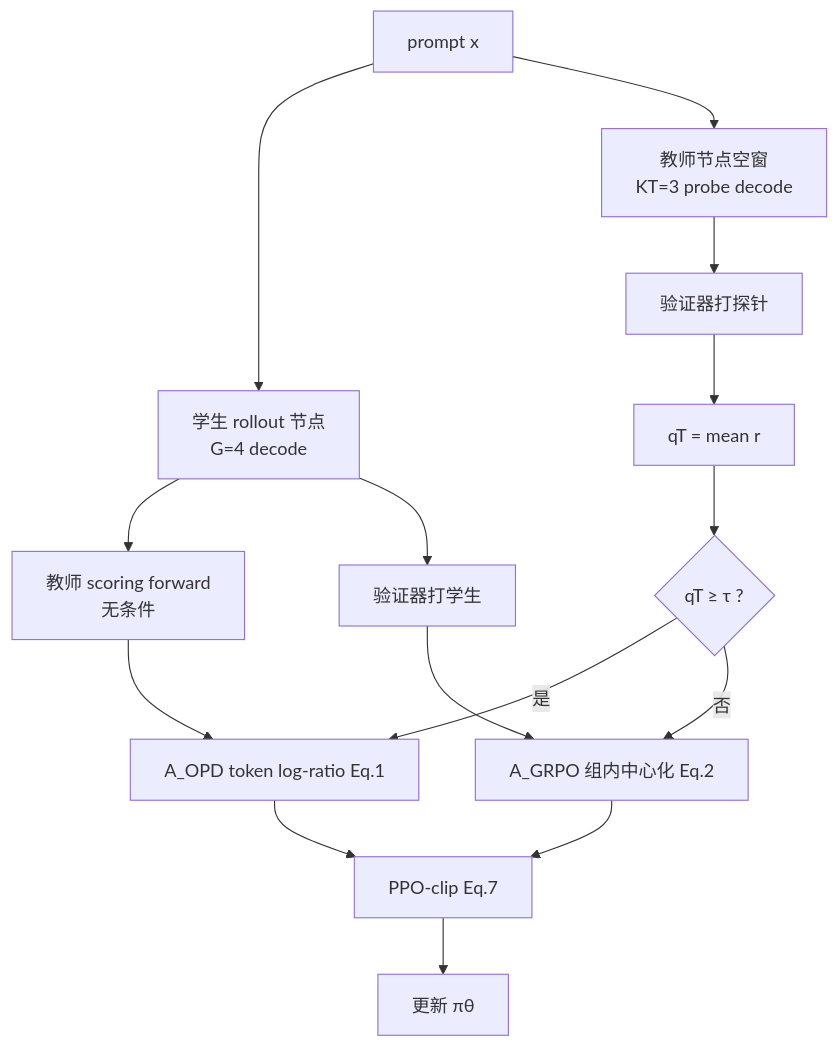
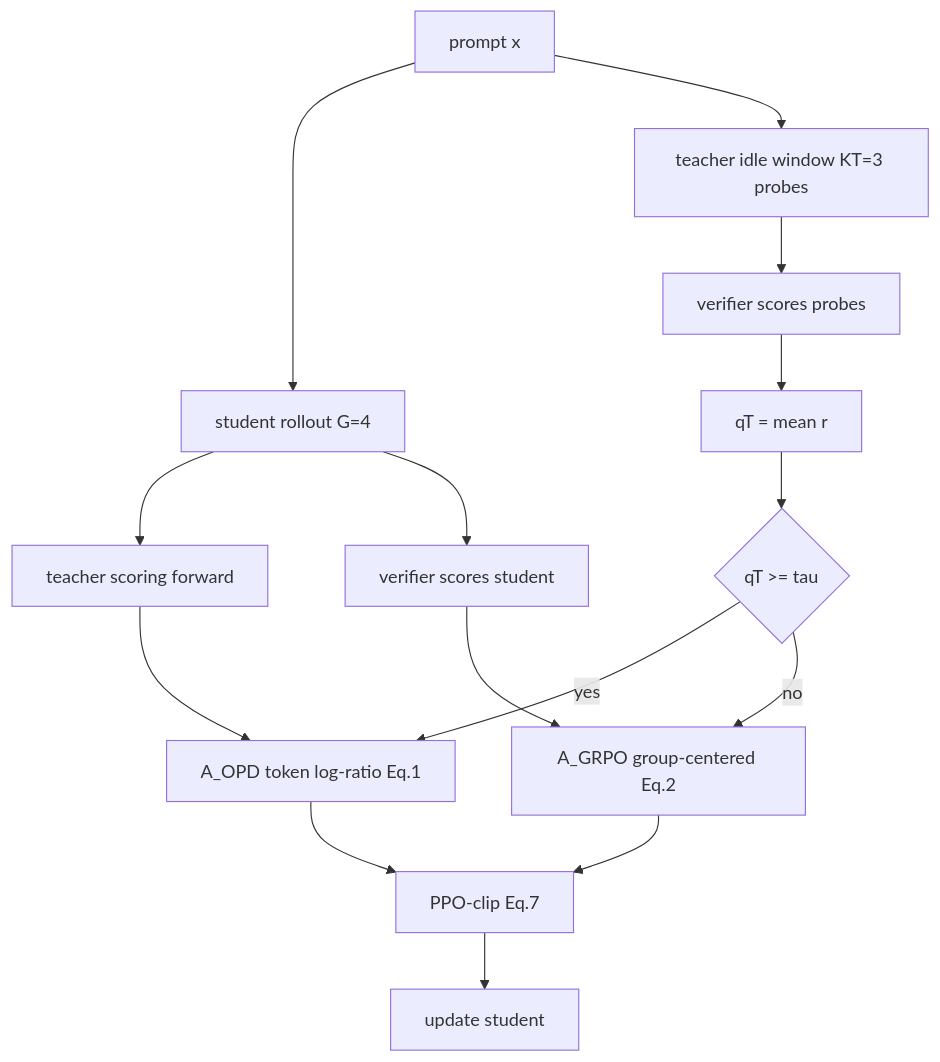
The first of 3 diagrams in docs/paper_assist/tgopd/CODE_PAPER_MAP.md (lying2020/agentic-rl-lab), drawn with Mermaid before and after one commit. The commit also changed other lines of this file and 9 other files, not shown here.

````diff
--- a/docs/paper_assist/tgopd/CODE_PAPER_MAP.md
+++ b/docs/paper_assist/tgopd/CODE_PAPER_MAP.md
@@ -22,17 +22,17 @@
 ```mermaid
 flowchart TD
-  X[prompt x] --> S[学生 rollout 节点<br/>G=4 decode]
-  X --> Tprobe[教师节点空窗<br/>KT=3 probe decode]
-  Tprobe --> V1[验证器打探针]
+  X[prompt x] --> S[student rollout G=4]
+  X --> Tprobe[teacher idle window KT=3 probes]
+  Tprobe --> V1[verifier scores probes]
   V1 --> Q["qT = mean r"]
-  Q --> G{"qT ≥ τ ?"}
-  S --> Tscore[教师 scoring forward<br/>无条件]
-  S --> V2[验证器打学生]
+  Q --> G{"qT >= tau"}
+  S --> Tscore[teacher scoring forward]
+  S --> V2[verifier scores student]
   Tscore --> Aopd["A_OPD token log-ratio Eq.1"]
-  V2 --> Agrpo["A_GRPO 组内中心化 Eq.2"]
-  G -->|是| Aopd
-  G -->|否| Agrpo
+  V2 --> Agrpo["A_GRPO group-centered Eq.2"]
+  G -->|yes| Aopd
+  G -->|no| Agrpo
   Aopd --> PPO[PPO-clip Eq.7]
   Agrpo --> PPO
-  PPO --> Upd[更新 πθ]
+  PPO --> Upd[update student]
 ```
````
